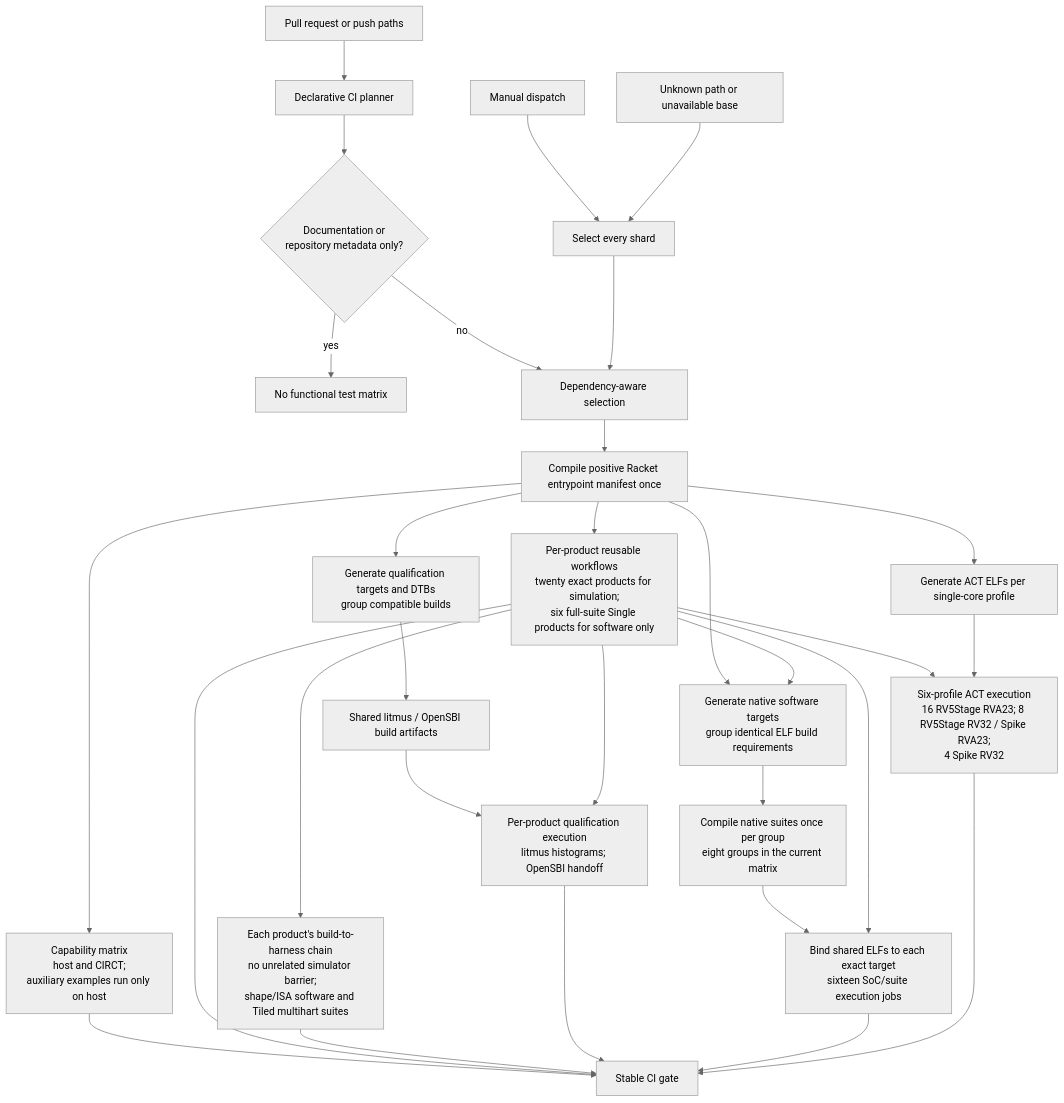
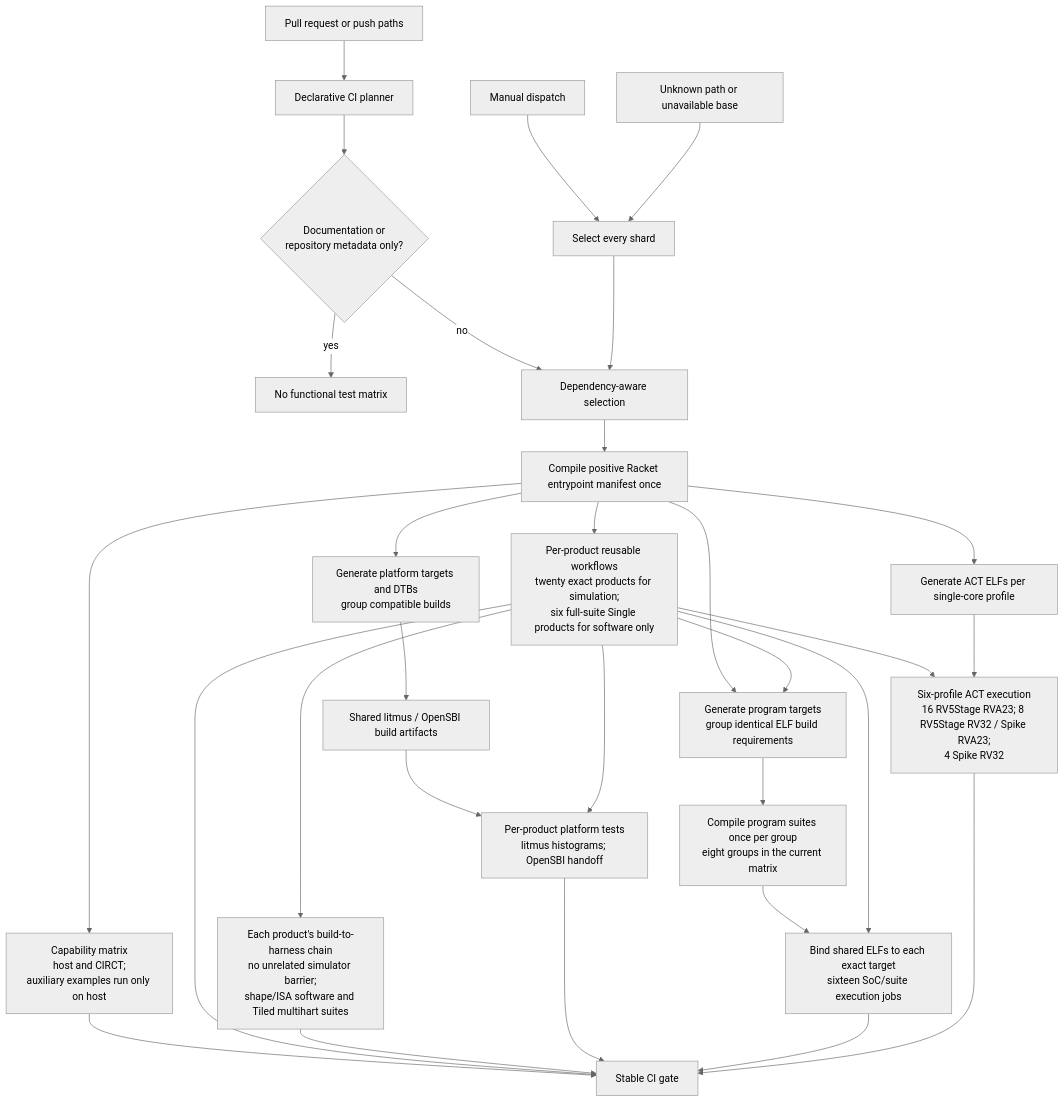
The diagram in tools/testing/DEVELOPING.md (jerryz123/rhodium), drawn with Mermaid (neutral theme) before and after one commit. The commit also changed other lines of this file and 106 other files, not shown here.

````diff
--- a/tools/testing/DEVELOPING.md
+++ b/tools/testing/DEVELOPING.md
@@ -122,32 +122,32 @@
 ```mermaid
 flowchart TD
     Changes["Pull request or push paths"] --> Classifier["Declarative CI planner"]
     Manual["Manual dispatch"] --> All["Select every shard"]
     Unknown["Unknown path or unavailable base"] --> All
     Classifier --> Docs{"Documentation or<br/>repository metadata only?"}
     Docs -->|yes| None["No functional test matrix"]
     Docs -->|no| Selected["Dependency-aware selection"]
     All --> Selected
     Selected --> Compile["Compile positive Racket entrypoint manifest once"]
     Compile --> Checks["Capability matrix<br/>host and CIRCT;<br/>auxiliary examples run only on host"]
     Compile --> Simulators["Per-product reusable workflows<br/>twenty exact products for simulation;<br/>six full-suite Single products for software only"]
     Simulators --> Simulation["Each product's build-to-harness chain<br/>no unrelated simulator barrier;<br/>shape/ISA software and Tiled multihart suites"]
-    Compile --> QualificationTargets["Generate qualification targets and DTBs<br/>group compatible builds"]
-    QualificationTargets --> QualificationBuilds["Shared litmus / OpenSBI build artifacts"]
-    QualificationBuilds --> Qualification["Per-product qualification execution<br/>litmus histograms; OpenSBI handoff"]
-    Simulators --> Qualification
-    Compile --> ProgramTargets["Generate native software targets<br/>group identical ELF build requirements"]
+    Compile --> PlatformTargets["Generate platform targets and DTBs<br/>group compatible builds"]
+    PlatformTargets --> PlatformBuilds["Shared litmus / OpenSBI build artifacts"]
+    PlatformBuilds --> Platform["Per-product platform tests<br/>litmus histograms; OpenSBI handoff"]
+    Simulators --> Platform
+    Compile --> ProgramTargets["Generate program targets<br/>group identical ELF build requirements"]
     Simulators --> ProgramTargets
-    ProgramTargets --> ProgramBuilds["Compile native suites once per group<br/>eight groups in the current matrix"]
+    ProgramTargets --> ProgramBuilds["Compile program suites once per group<br/>eight groups in the current matrix"]
     ProgramBuilds --> Programs["Bind shared ELFs to each exact target<br/>sixteen SoC/suite execution jobs"]
     Simulators --> Programs
     Compile --> ActBuild["Generate ACT ELFs per single-core profile"]
     Simulators --> ActRun["Six-profile ACT execution<br/>16 RV5Stage RVA23; 8 RV5Stage RV32 / Spike RVA23;<br/>4 Spike RV32"]
     ActBuild --> ActRun
     Checks --> Gate["Stable CI gate"]
     Simulators --> Gate
     Simulation --> Gate
-    Qualification --> Gate
+    Platform --> Gate
     Programs --> Gate
     ActRun --> Gate
 ```
````
